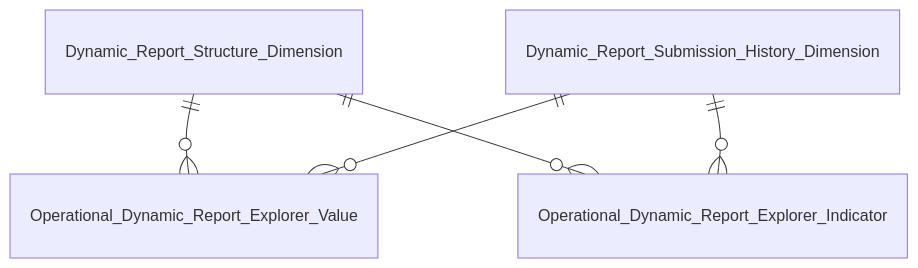
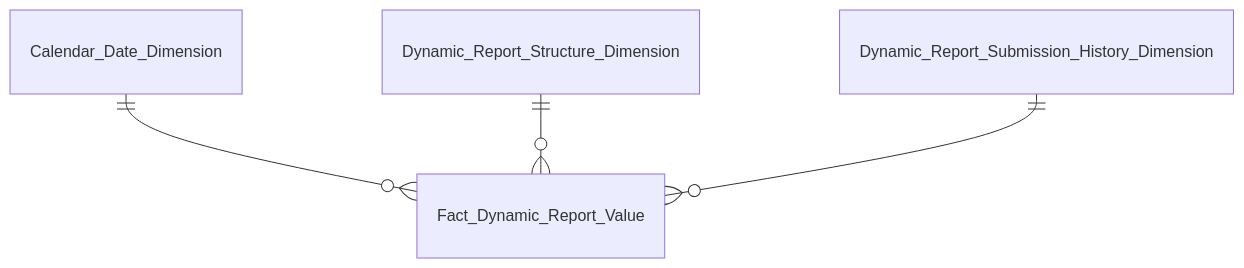
Diagram 14 of 14 in Datamart/hld/DTM_QLQ_Entities.md (linhlvit/ubck_atomic_design), drawn with Mermaid before and after one commit. The commit also changed other lines of this file and 10 other files, not shown here.

Commit message:
feat(qlq): thiet ke Fact Dynamic Report Value append theo delta va dong bo HLD, LLD, flat table (O_QLQ_91)

````diff
--- a/Datamart/hld/DTM_QLQ_Entities.md
+++ b/Datamart/hld/DTM_QLQ_Entities.md
@@ -357,7 +357,6 @@
 ```mermaid
 erDiagram
-    Dynamic_Report_Structure_Dimension ||--o{ Operational_Dynamic_Report_Explorer_Value : " "
-    Dynamic_Report_Submission_History_Dimension ||--o{ Operational_Dynamic_Report_Explorer_Value : " "
-    Dynamic_Report_Structure_Dimension ||--o{ Operational_Dynamic_Report_Explorer_Indicator : " "
-    Dynamic_Report_Submission_History_Dimension ||--o{ Operational_Dynamic_Report_Explorer_Indicator : " "
+    Calendar_Date_Dimension ||--o{ Fact_Dynamic_Report_Value : " "
+    Dynamic_Report_Structure_Dimension ||--o{ Fact_Dynamic_Report_Value : " "
+    Dynamic_Report_Submission_History_Dimension ||--o{ Fact_Dynamic_Report_Value : " "
 ```
````
